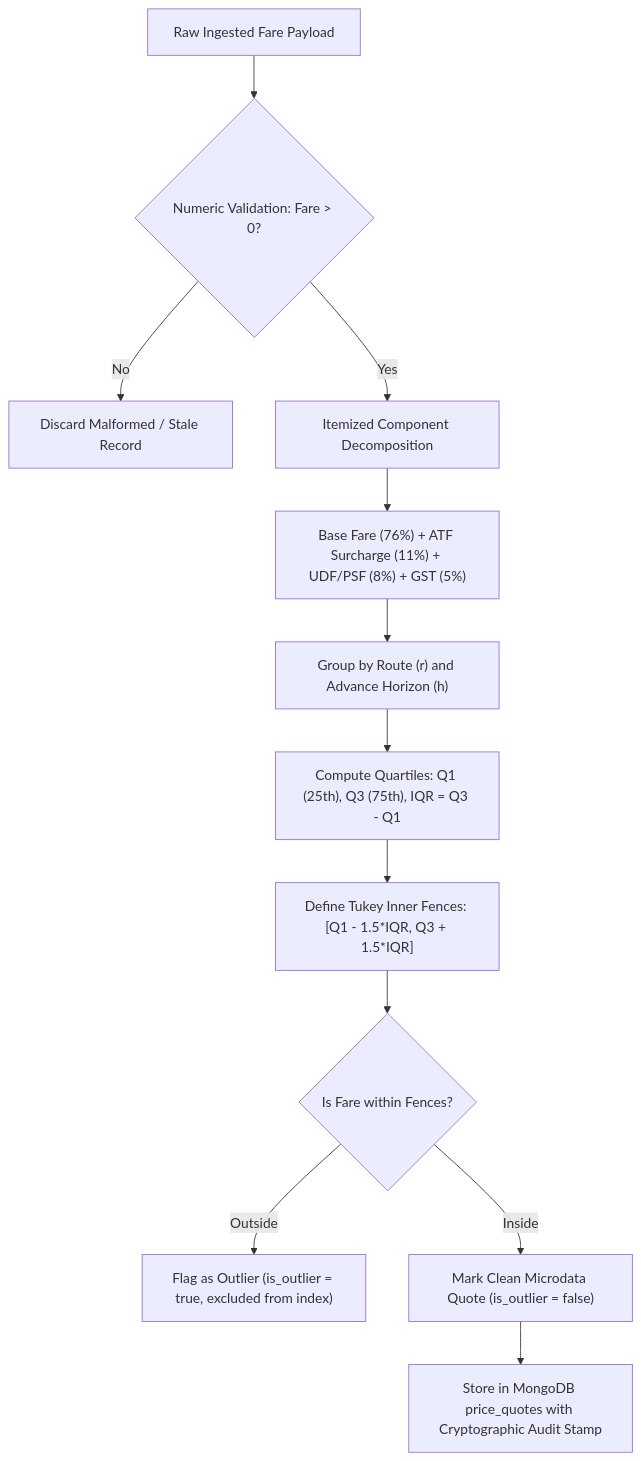
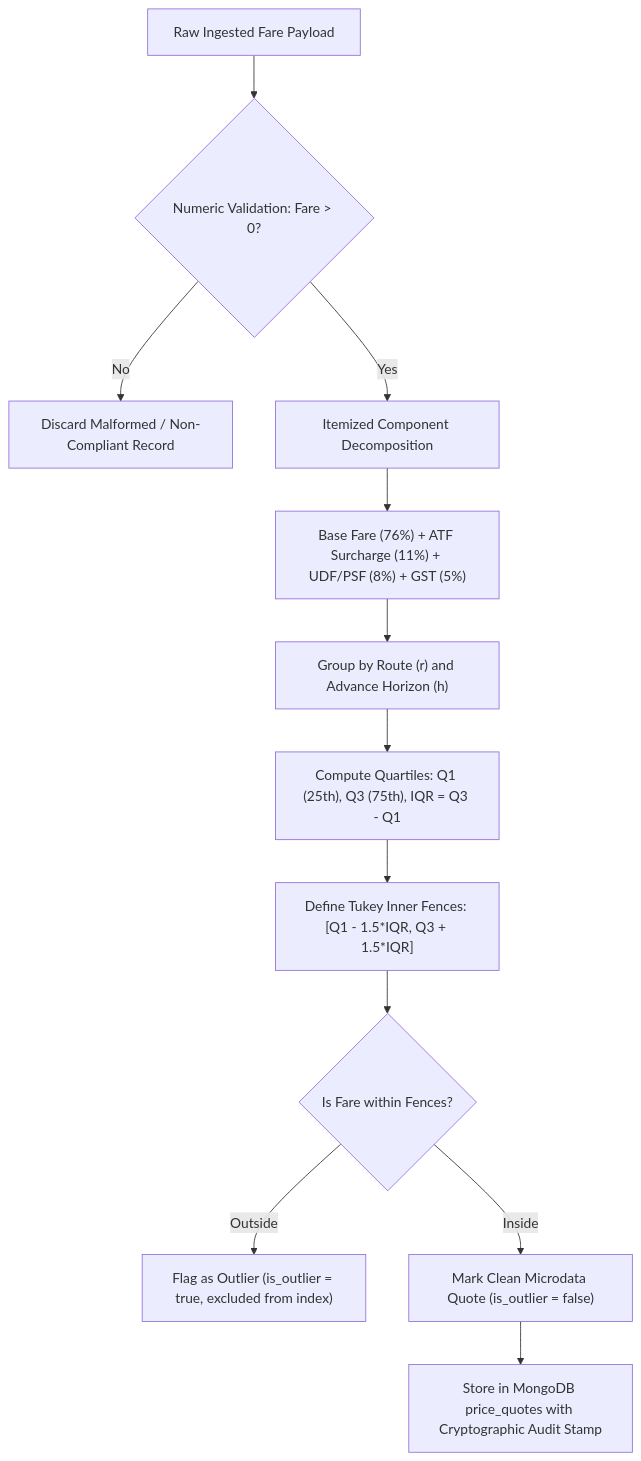
One commit to ARYANatGIT/APIx changed the third of 7 diagrams in README.md. Above: the diagram before and after it, drawn with Mermaid. The commit also changed other lines of this file, not shown here.

````diff
--- a/README.md
+++ b/README.md
@@ -202,14 +202,14 @@
 ```mermaid
 flowchart TD
     A["Raw Ingested Fare Payload"] --> B{"Numeric Validation: Fare > 0?"}
-    B -- No --> C["Discard Malformed / Stale Record"]
+    B -- No --> C["Discard Malformed / Non-Compliant Record"]
     B -- Yes --> D["Itemized Component Decomposition"]
     D --> E["Base Fare (76%) + ATF Surcharge (11%) + UDF/PSF (8%) + GST (5%)"]
     E --> F["Group by Route (r) and Advance Horizon (h)"]
     F --> G["Compute Quartiles: Q1 (25th), Q3 (75th), IQR = Q3 - Q1"]
     G --> H["Define Tukey Inner Fences: [Q1 - 1.5*IQR, Q3 + 1.5*IQR]"]
     H --> I{"Is Fare within Fences?"}
     I -- Outside --> J["Flag as Outlier (is_outlier = true, excluded from index)"]
     I -- Inside --> K["Mark Clean Microdata Quote (is_outlier = false)"]
     K --> L["Store in MongoDB price_quotes with Cryptographic Audit Stamp"]
 ```
````
